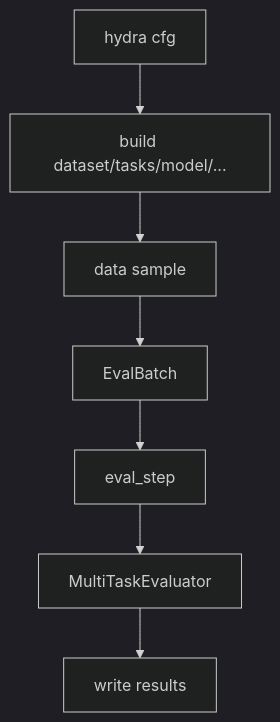
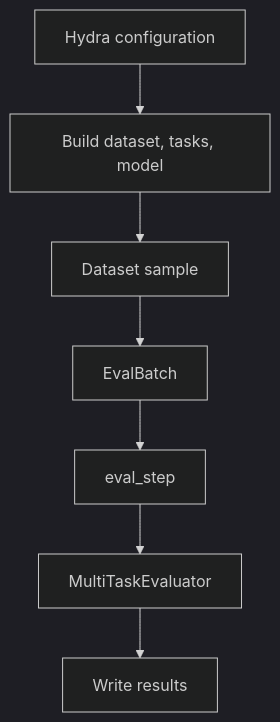
One commit to faymek/CoFAI changed the diagram in docs/engine.md. Above: the diagram before and after it, drawn with Mermaid (dark theme). The commit also changed other lines of this file and 17 other files, not shown here.

````diff
--- a/docs/engine.md
+++ b/docs/engine.md
@@ -112,12 +103,11 @@
 ```mermaid
 flowchart TB
-  CLI["hydra cfg"]
-  BLD["build dataset/tasks/model/..."]
-  DS["data sample"]
+  CLI["Hydra configuration"]
+  BLD["Build dataset, tasks, model"]
+  DS["Dataset sample"]
   EB["EvalBatch"]
   STEP["eval_step"]
   EVA["MultiTaskEvaluator"]
-  OUT["write results"]
-
+  OUT["Write results"]
   CLI --> BLD --> DS --> EB --> STEP --> EVA --> OUT
 ```
````
